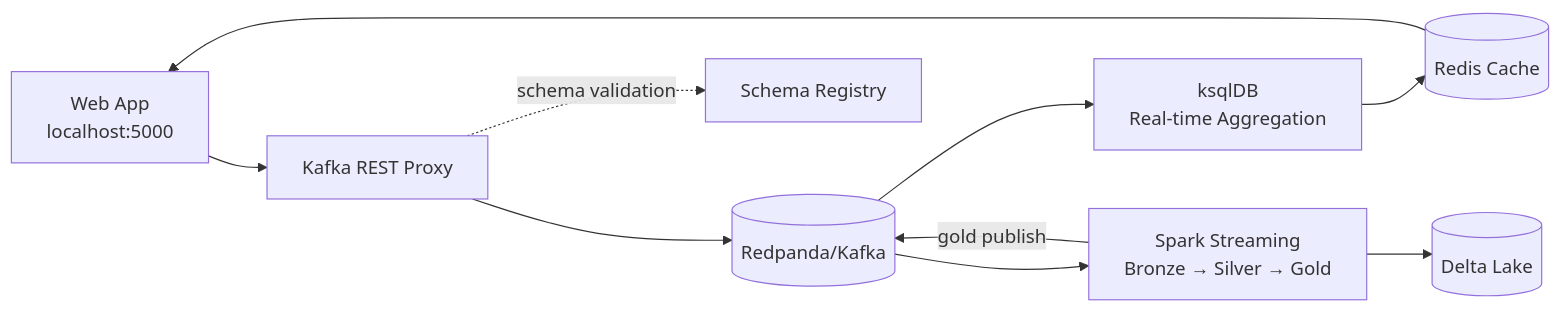
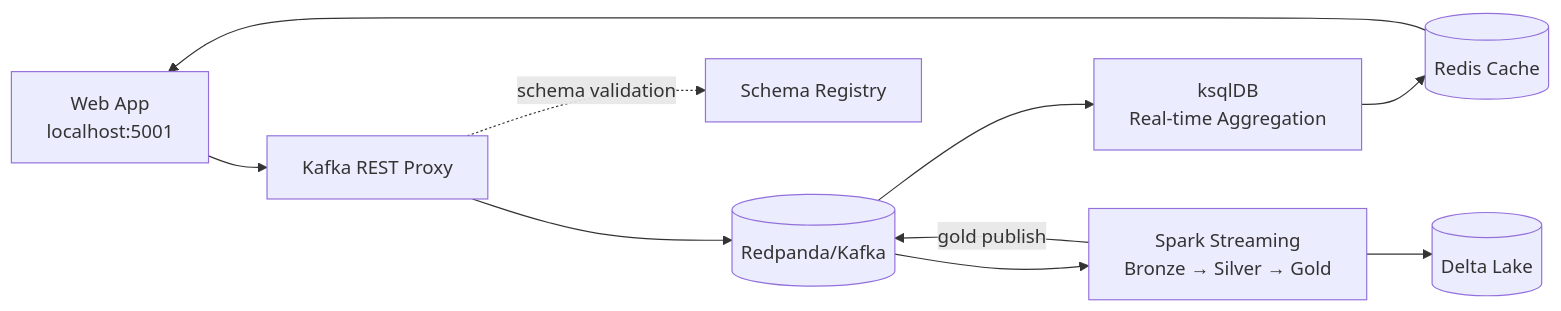
Before and after one commit to fbrzx/mkt-streams: the diagram in README.md, drawn with Mermaid. The commit also changed other lines of this file, not shown here.

````diff
--- a/README.md
+++ b/README.md
@@ -15,12 +15,12 @@
 ```mermaid
 flowchart LR
-    WebUI[Web App<br/>localhost:5000] --> REST[Kafka REST Proxy]
+    WebUI[Web App<br/>localhost:5001] --> REST[Kafka REST Proxy]
     REST --> RP[(Redpanda/Kafka)]
     REST -. schema validation .-> Schema[Schema Registry]
     RP --> KSQL[ksqlDB<br/>Real-time Aggregation]
     KSQL --> Redis[(Redis Cache)]
     Redis --> WebUI
     RP --> Spark[Spark Streaming<br/>Bronze → Silver → Gold]
     Spark --> Delta[(Delta Lake)]
     Spark -- gold publish --> RP
 ```
````
